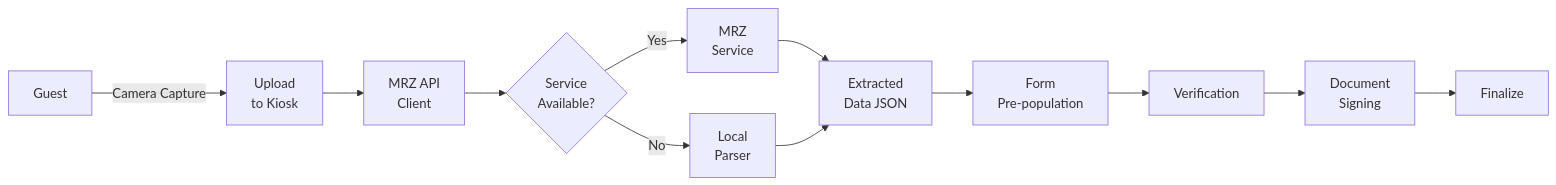
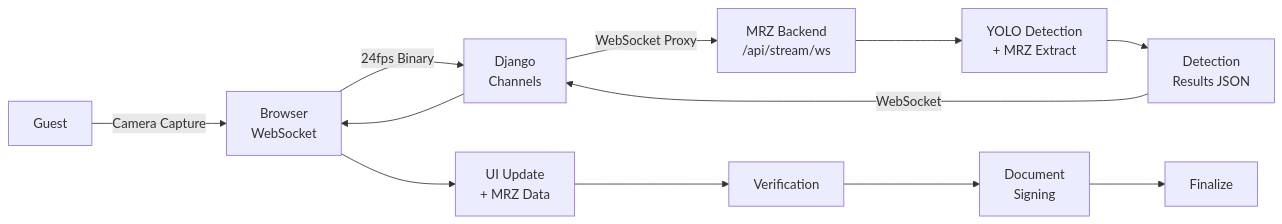
The second of 3 diagrams in kiosk/README.md (omarmx9/smart-hotel), drawn with Mermaid before and after one commit. The commit also changed other lines of this file and 22 other files, not shown here.

````diff
--- a/kiosk/README.md
+++ b/kiosk/README.md
@@ -123,14 +133,14 @@
 ```mermaid
 flowchart LR
-    A["Guest"] -->|Camera Capture| B["Upload<br/>to Kiosk"]
-    B --> C["MRZ API<br/>Client"]
-    C --> D{"Service<br/>Available?"}
-    D -->|Yes| E["MRZ<br/>Service"]
-    D -->|No| F["Local<br/>Parser"]
-    E --> G["Extracted<br/>Data JSON"]
-    F --> G
-    G --> H["Form<br/>Pre-population"]
-    H --> I["Verification"]
-    I --> J["Document<br/>Signing"]
-    J --> K["Finalize"]
+    A["Guest"] -->|Camera Capture| B["Browser<br/>WebSocket"]
+    B -->|24fps Binary| C["Django<br/>Channels"]
+    C -->|WebSocket Proxy| D["MRZ Backend<br/>/api/stream/ws"]
+    D --> E["YOLO Detection<br/>+ MRZ Extract"]
+    E --> F["Detection<br/>Results JSON"]
+    F -->|WebSocket| C
+    C --> B
+    B --> G["UI Update<br/>+ MRZ Data"]
+    G --> H["Verification"]
+    H --> I["Document<br/>Signing"]
+    I --> J["Finalize"]
 ```
````
